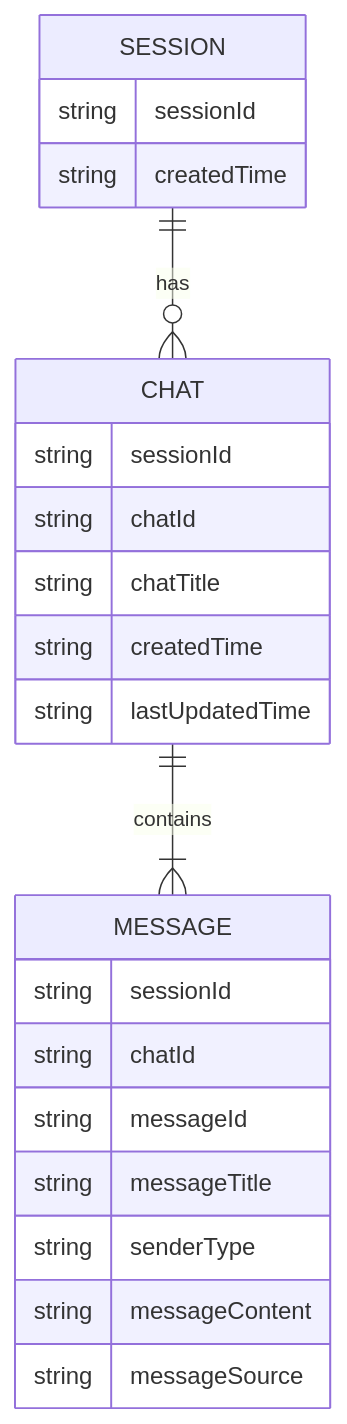
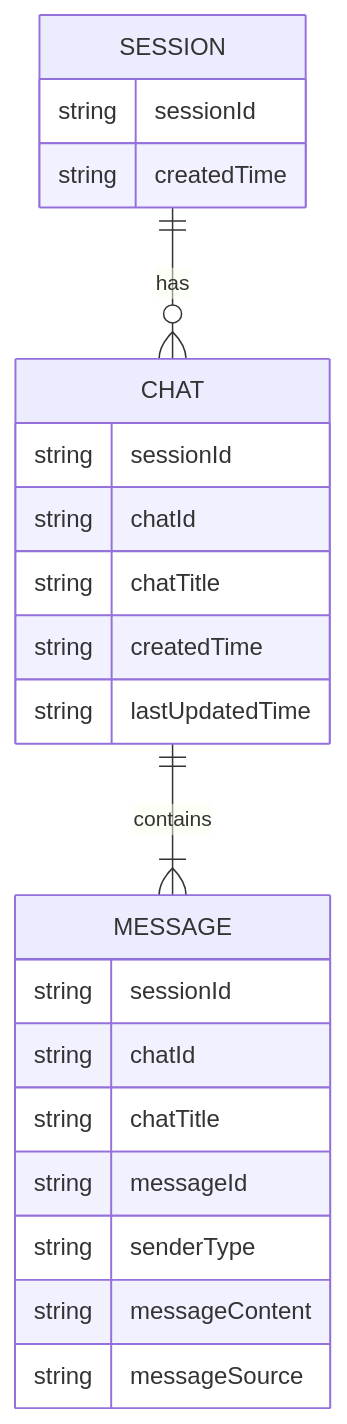
The diagram in README.md (gyuhyeonseo/bkms2-term-project), drawn with Mermaid before and after one commit.

````diff
--- a/README.md
+++ b/README.md
@@ -5,25 +5,25 @@
 ```mermaid
 erDiagram
     SESSION ||--o{ CHAT : has
     SESSION {
         string sessionId
         string createdTime
     }
     CHAT ||--|{ MESSAGE : contains
     CHAT {
         string sessionId
         string chatId
         string chatTitle
         string createdTime
         string lastUpdatedTime
     }
     MESSAGE {
         string sessionId
         string chatId
+        string chatTitle
         string messageId
-        string messageTitle
         string senderType
         string messageContent
         string messageSource
     }
 ```
````
